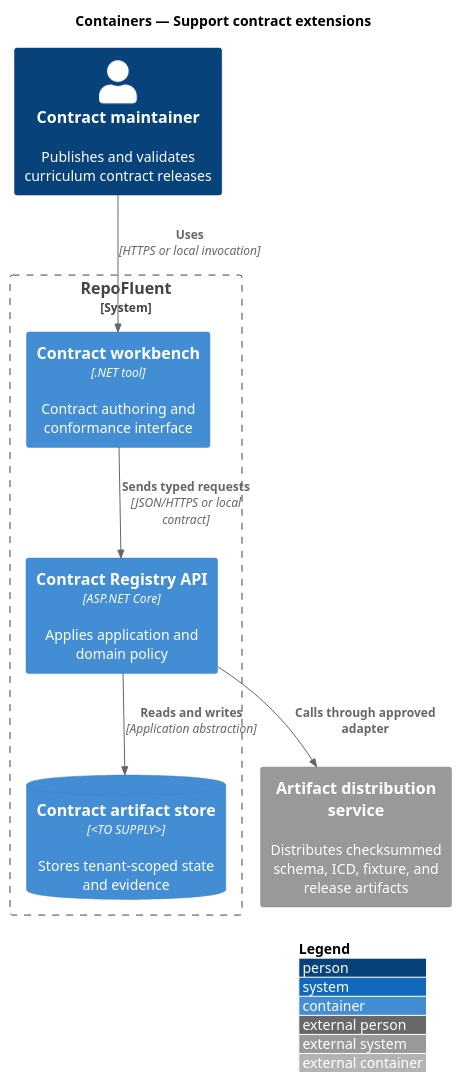
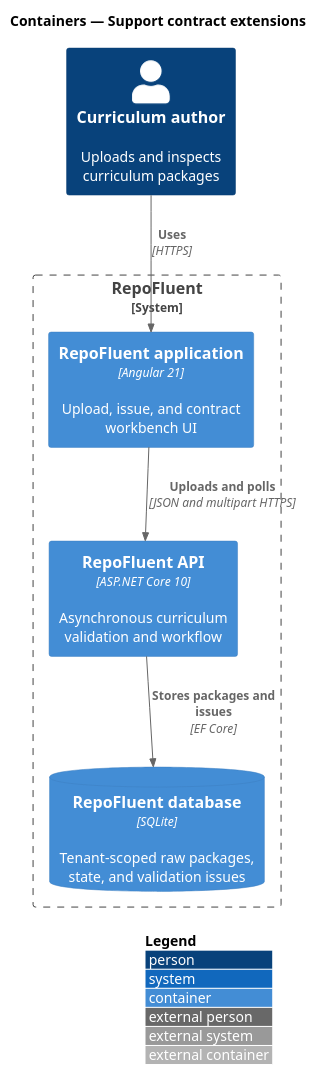
One commit to QuinntyneBrown/RepoFluent changed the diagram in docs/detailed-designs/02-curriculum-input-contract/support-contract-extensions/diagrams/c4-container.puml. Above: the diagram before and after it, drawn with PlantUML. The commit also changed 38 other files, not shown here.

```diff
--- a/docs/detailed-designs/02-curriculum-input-contract/support-contract-extensions/diagrams/c4-container.puml
+++ b/docs/detailed-designs/02-curriculum-input-contract/support-contract-extensions/diagrams/c4-container.puml
@@ -1,18 +1,16 @@
 @startuml
 !include <C4/C4_Container>
 LAYOUT_WITH_LEGEND()
 title Containers — Support contract extensions
 
-Person(actor, "Contract maintainer", "Publishes and validates curriculum contract releases")
+Person(author, "Curriculum author", "Uploads and inspects curriculum packages")
 System_Boundary(repofluent, "RepoFluent") {
-  Container(entry, "Contract workbench", ".NET tool", "Contract authoring and conformance interface")
-  Container(api, "Contract Registry API", "ASP.NET Core", "Applies application and domain policy")
-  ContainerDb(store, "Contract artifact store", "<TO SUPPLY>", "Stores tenant-scoped state and evidence")
+  Container(spa, "RepoFluent application", "Angular 21", "Upload, issue, and contract workbench UI")
+  Container(api, "RepoFluent API", "ASP.NET Core 10", "Asynchronous curriculum validation and workflow")
+  ContainerDb(db, "RepoFluent database", "SQLite", "Tenant-scoped raw packages, state, and validation issues")
 }
-System_Ext(dependency, "Artifact distribution service", "Distributes checksummed schema, ICD, fixture, and release artifacts")
 
-Rel(actor, entry, "Uses", "HTTPS or local invocation")
-Rel(entry, api, "Sends typed requests", "JSON/HTTPS or local contract")
-Rel(api, store, "Reads and writes", "Application abstraction")
-Rel(api, dependency, "Calls through approved adapter")
+Rel(author, spa, "Uses", "HTTPS")
+Rel(spa, api, "Uploads and polls", "JSON and multipart HTTPS")
+Rel(api, db, "Stores packages and issues", "EF Core")
 @enduml
```
